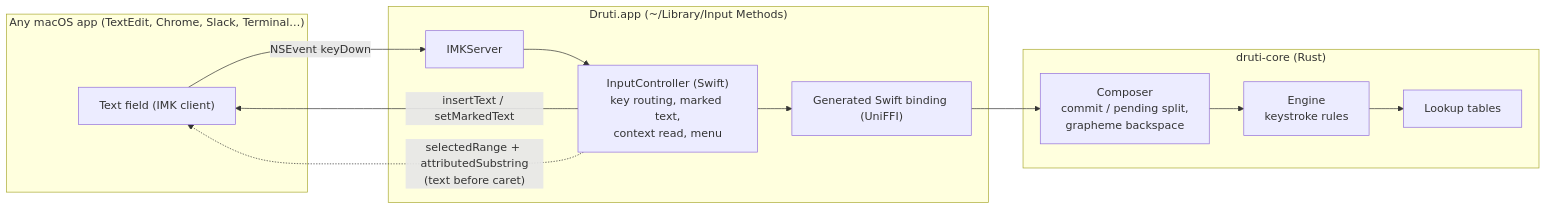
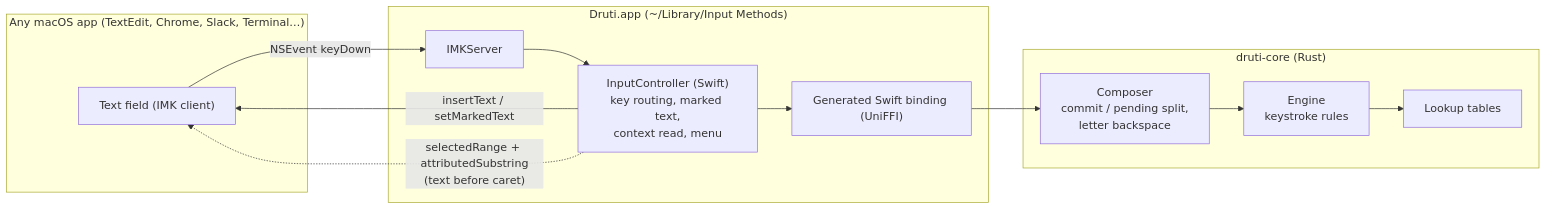
One commit to ahamed/bengali-ime changed the diagram in docs/macos-input-source.md. Above: the diagram before and after it, drawn with Mermaid. The commit also changed other lines of this file and 28 other files, not shown here.

First line of the commit message:
Backspace removes one letter and the caret resumes its cluster

````diff
--- a/docs/macos-input-source.md
+++ b/docs/macos-input-source.md
@@ -48,20 +48,20 @@
 ```mermaid
 flowchart LR
   subgraph App["Any macOS app (TextEdit, Chrome, Slack, Terminal…)"]
     Field["Text field (IMK client)"]
   end
   subgraph IM["Druti.app (~/Library/Input Methods)"]
     Server["IMKServer"]
     Ctrl["InputController (Swift)<br/>key routing, marked text,<br/>context read, menu"]
     Bind["Generated Swift binding (UniFFI)"]
   end
   subgraph Rust["druti-core (Rust)"]
-    Composer["Composer<br/>commit / pending split,<br/>grapheme backspace"]
+    Composer["Composer<br/>commit / pending split,<br/>letter backspace"]
     Engine["Engine<br/>keystroke rules"]
     Data["Lookup tables"]
   end
   Field -- "NSEvent keyDown" --> Server --> Ctrl
   Ctrl --> Bind --> Composer --> Engine --> Data
   Ctrl -- "insertText / setMarkedText" --> Field
   Ctrl -. "selectedRange + attributedSubstring<br/>(text before caret)" .-> Field
 ```
````
